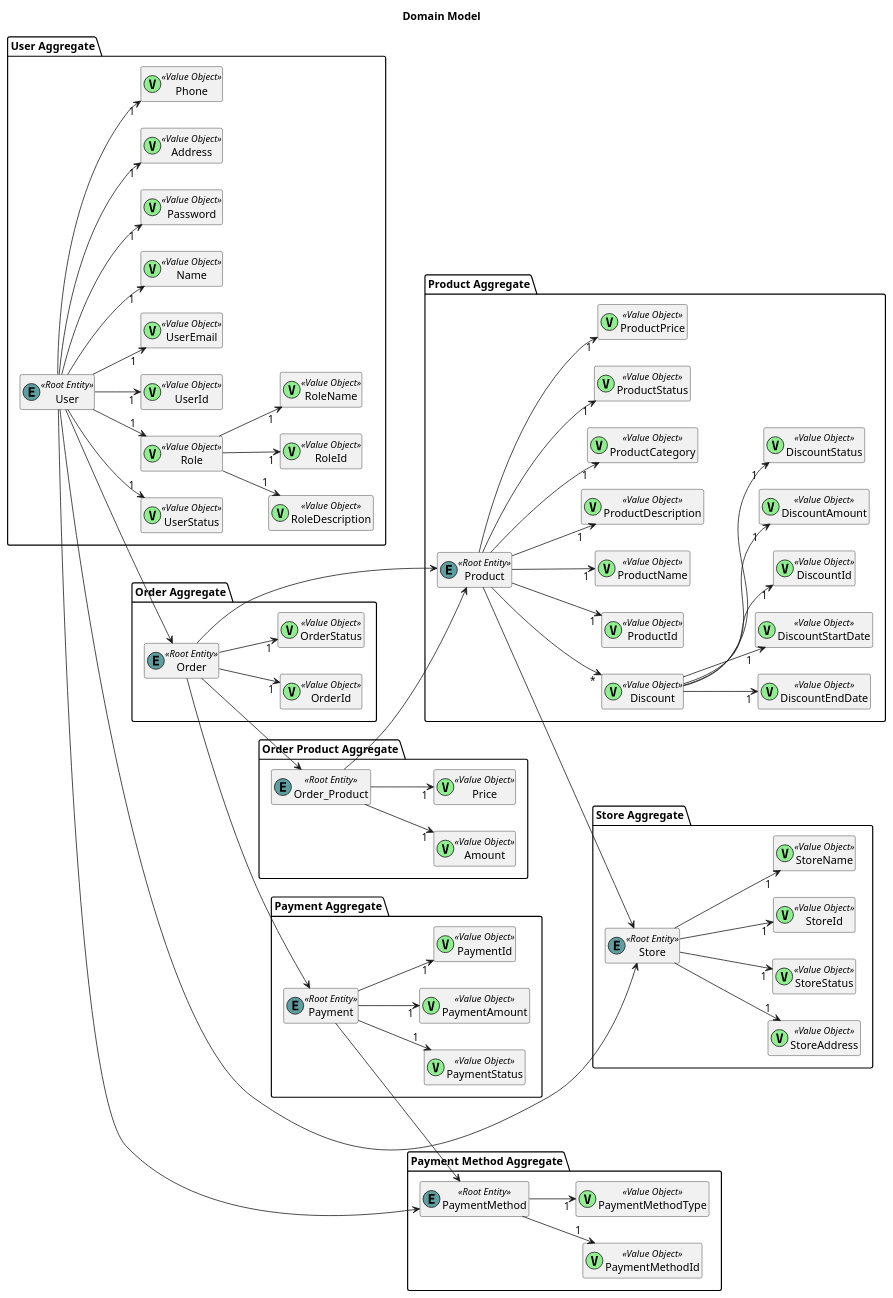
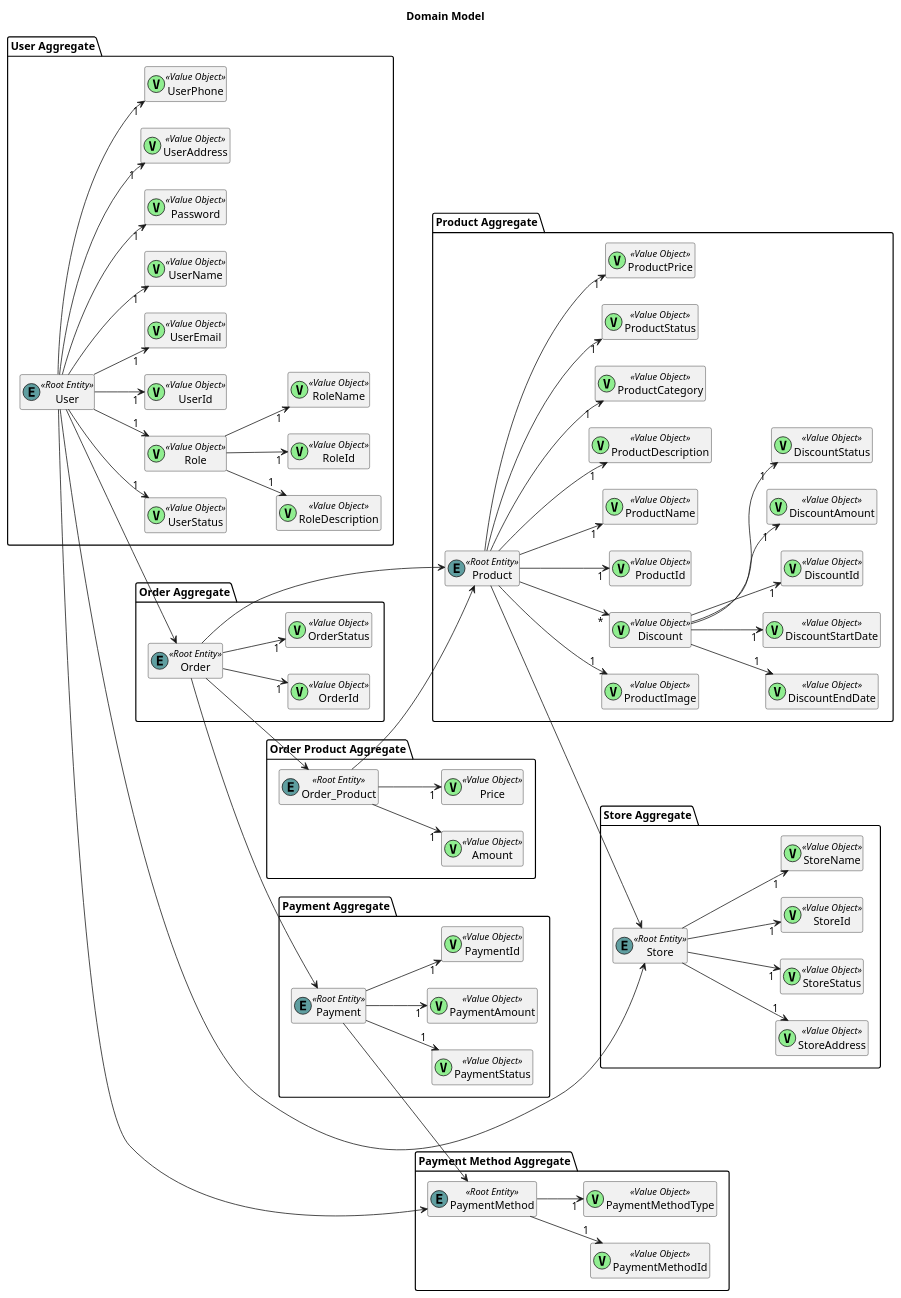
One commit to JoaoVeiga-afk/desofs2025_wed_pbs_1 changed the diagram in docs/domainModel.puml. Above: the diagram before and after it, drawn with PlantUML.

Commit message:
Domain update

```diff
--- a/docs/domainModel.puml
+++ b/docs/domainModel.puml
@@ -1,143 +1,145 @@
 @startuml
 'https://plantuml.com/class-diagram
 
 left to right direction
 
 hide empty members
 
 title Domain Model
 
 package "User Aggregate" {
     class User <<(E, cadetblue) Root Entity>>
 
     class UserId <<(V, lightgreen) Value Object>>
     class UserEmail <<(V, lightgreen) Value Object>>
-    class Name <<(V, lightgreen) Value Object>>
+    class UserName <<(V, lightgreen) Value Object>>
     class Password <<(V, lightgreen) Value Object>>
-    class Address <<(V, lightgreen) Value Object>>
-    class Phone <<(V, lightgreen) Value Object>>
+    class UserAddress <<(V, lightgreen) Value Object>>
+    class UserPhone <<(V, lightgreen) Value Object>>
     class UserStatus <<(V, lightgreen) Value Object>>
 
 
 
     User -->"1" UserEmail
-    User -->"1" Name
+    User -->"1" UserName
     User -->"1" Password
-    User -->"1" Address
-    User -->"1" Phone
+    User -->"1" UserAddress
+    User -->"1" UserPhone
     User -->"1" UserStatus
     User -->"1" UserId
 
 
     class Role <<(V, lightgreen) Value Object>>
     class RoleId <<(V, lightgreen) Value Object>>
     class RoleName <<(V, lightgreen) Value Object>>
     class RoleDescription <<(V, lightgreen) Value Object>>
 
     User -->"1" Role
     Role -->"1" RoleId
     Role -->"1" RoleName
     Role -->"1" RoleDescription
 }
 
 package "Order Aggregate" {
     class Order <<(E, cadetblue) Root Entity>>
     class OrderId <<(V, lightgreen) Value Object>>
     class OrderStatus <<(V, lightgreen) Value Object>>
 
     Order -->"1" OrderId
     Order -->"1" OrderStatus
 }
 package "Order Product Aggregate"{
     class Order_Product <<(E, cadetblue) Root Entity>>
     class Amount <<(V, lightgreen) Value Object>>
     class Price <<(V, lightgreen) Value Object>>
 
     Order_Product -->"1" Amount
     Order_Product -->"1" Price
 }
 
 package "Product Aggregate" {
 
     class Product <<(E, cadetblue) Root Entity>>
     class ProductId <<(V, lightgreen) Value Object>>
     class ProductName <<(V, lightgreen) Value Object>>
     class ProductDescription <<(V, lightgreen) Value Object>>
     class ProductCategory <<(V, lightgreen) Value Object>>
     class ProductStatus <<(V, lightgreen) Value Object>>
     class ProductPrice <<(V, lightgreen) Value Object>>
+    class ProductImage <<(V, lightgreen) Value Object>>
 
     Product -->"1" ProductId
     Product -->"1" ProductName
     Product -->"1" ProductDescription
     Product -->"1" ProductPrice
     Product -->"1" ProductCategory
     Product -->"1" ProductStatus
+    Product -->"1" ProductImage
 
     class Discount <<(V, lightgreen) Value Object>>
     class DiscountId <<(V, lightgreen) Value Object>>
     class DiscountAmount <<(V, lightgreen) Value Object>>
     class DiscountStatus <<(V, lightgreen) Value Object>>
     class DiscountEndDate <<(V, lightgreen) Value Object>>
     class DiscountStartDate <<(V, lightgreen) Value Object>>
 
     Product -->"*" Discount
     Discount -->"1" DiscountId
     Discount -->"1" DiscountAmount
     Discount -->"1" DiscountStatus
     Discount -->"1" DiscountEndDate
     Discount -->"1" DiscountStartDate
 }
 
 package "Store Aggregate"{
 
     class Store <<(E, cadetblue) Root Entity>>
     class StoreId <<(V, lightgreen) Value Object>>
     class StoreName <<(V, lightgreen) Value Object>>
     class StoreAddress <<(V, lightgreen) Value Object>>
     class StoreStatus <<(V, lightgreen) Value Object>>
 
     Store -->"1" StoreId
     Store -->"1" StoreName
     Store -->"1" StoreAddress
     Store -->"1" StoreStatus
 }
 
 package "Payment Aggregate" {
     class Payment <<(E, cadetblue) Root Entity>>
     class PaymentId <<(V, lightgreen) Value Object>>
     class PaymentStatus <<(V, lightgreen) Value Object>>
     class PaymentAmount <<(V, lightgreen) Value Object>>
 
     Payment -->"1" PaymentId
     Payment -->"1" PaymentStatus
     Payment -->"1" PaymentAmount
 
 }
 
 package "Payment Method Aggregate" {
     class PaymentMethod <<(E, cadetblue) Root Entity>>
     class PaymentMethodId <<(V, lightgreen) Value Object>>
     class PaymentMethodType <<(V, lightgreen) Value Object>>
 
     PaymentMethod -->"1" PaymentMethodId
     PaymentMethod -->"1" PaymentMethodType
 }
 
 User --> Order
 User --> PaymentMethod
 User --> Store
 
 Order --> Product
 Order --> Payment
 Order --> Order_Product
 
 Product --> Store
 
 Payment --> PaymentMethod
 
 Order_Product --> Product
 
 
 
 @enduml
```
